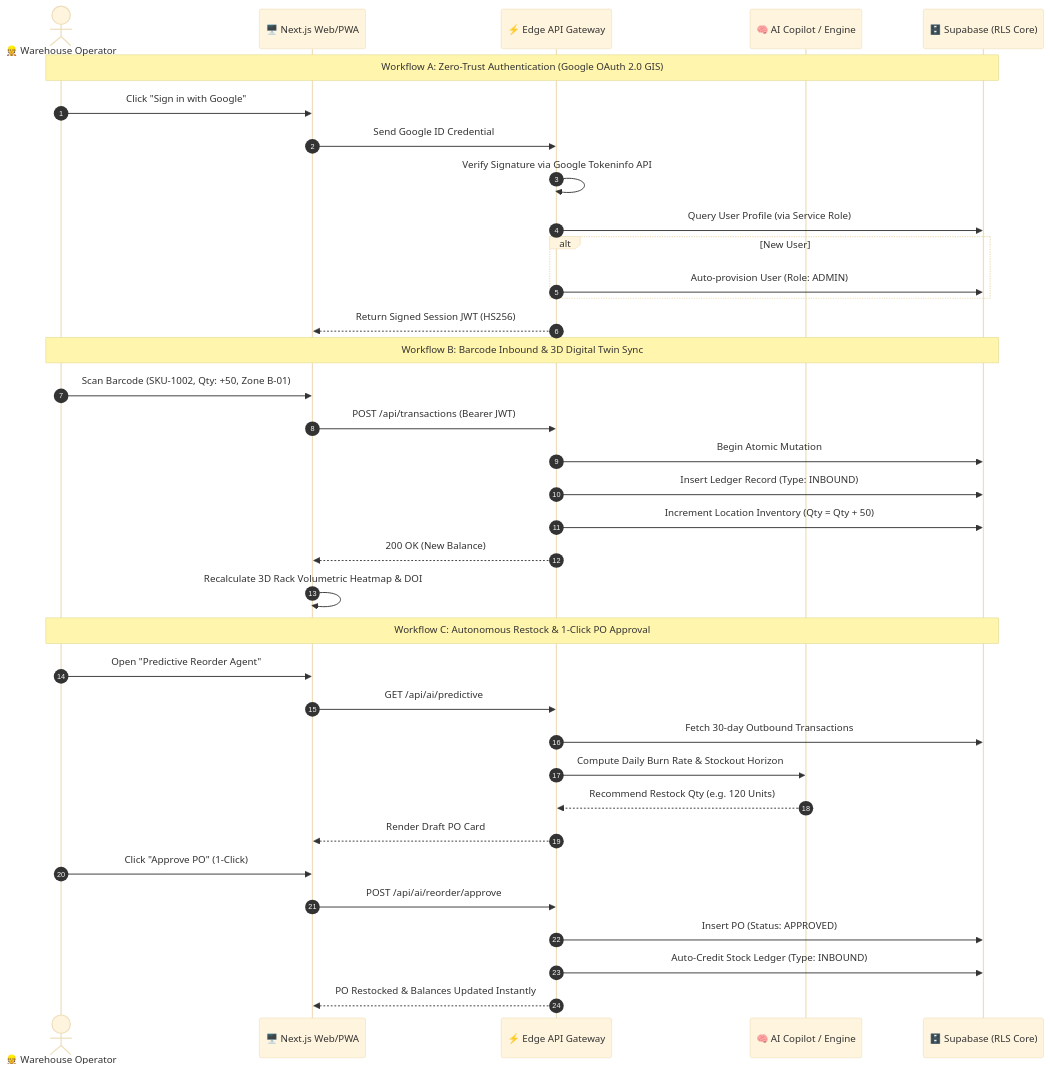
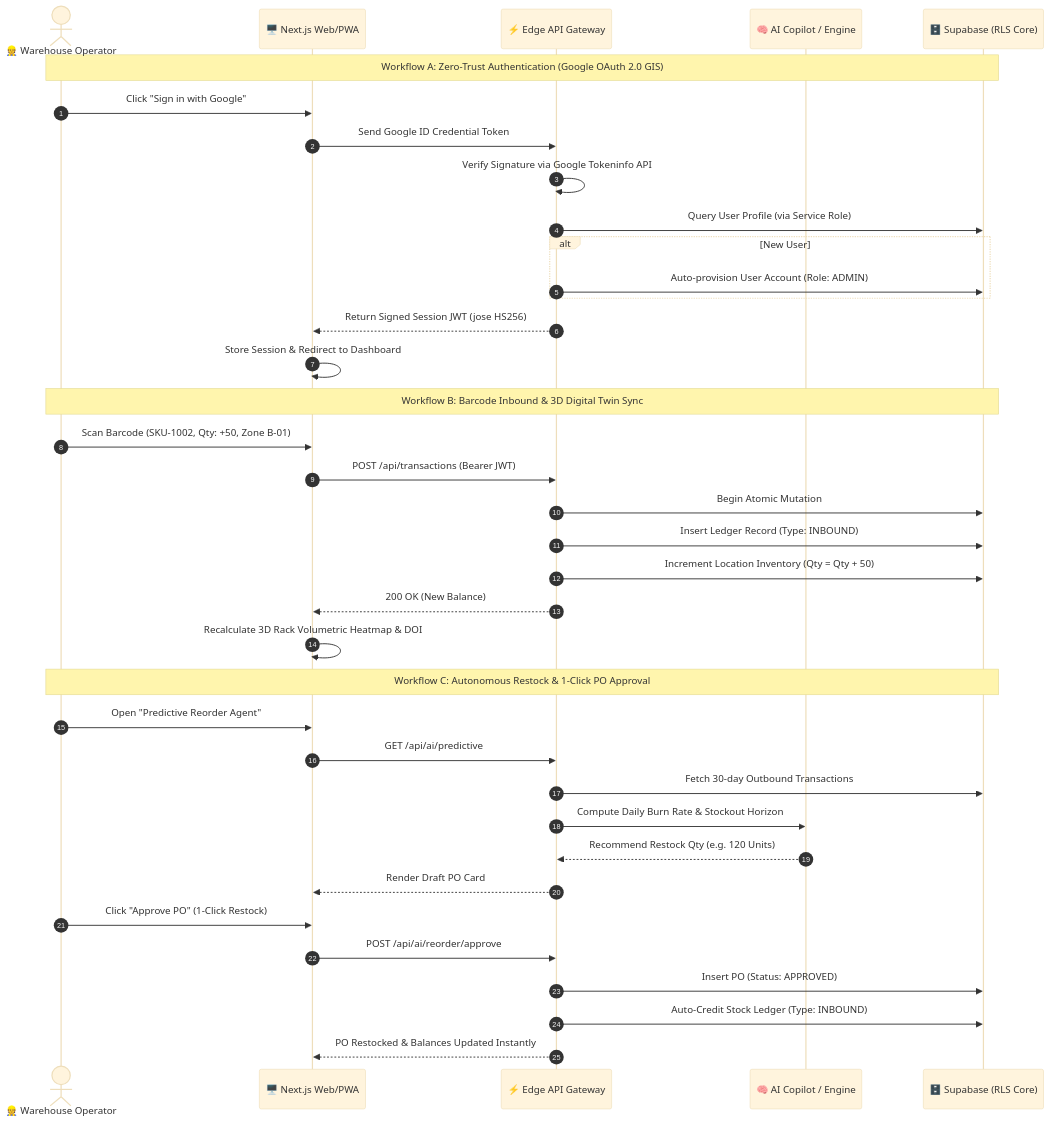
The second of 3 diagrams in README.md (ZillerDX/Optitrack-WMS), drawn with Mermaid (base theme) before and after one commit. The commit also changed other lines of this file and 2 other files, not shown here.

Commit message:
docs(readme): elevate to AGENT.md portfolio-grade standard with 7 product pillars, ERD and hardened CI

````diff
--- a/README.md
+++ b/README.md
@@ -150,41 +192,42 @@
 ```mermaid
 sequenceDiagram
   autonumber
   actor Op as 👷 Warehouse Operator
   participant UI as 🖥️ Next.js Web/PWA
   participant Edge as ⚡ Edge API Gateway
   participant AI as 🧠 AI Copilot / Engine
   participant DB as 🗄️ Supabase (RLS Core)
 
   Note over Op,DB: Workflow A: Zero-Trust Authentication (Google OAuth 2.0 GIS)
   Op->>UI: Click "Sign in with Google"
-  UI->>Edge: Send Google ID Credential
+  UI->>Edge: Send Google ID Credential Token
   Edge->>Edge: Verify Signature via Google Tokeninfo API
   Edge->>DB: Query User Profile (via Service Role)
   alt New User
-    Edge->>DB: Auto-provision User (Role: ADMIN)
+    Edge->>DB: Auto-provision User Account (Role: ADMIN)
   end
-  Edge-->>UI: Return Signed Session JWT (HS256)
+  Edge-->>UI: Return Signed Session JWT (jose HS256)
+  UI->>UI: Store Session & Redirect to Dashboard
 
   Note over Op,DB: Workflow B: Barcode Inbound & 3D Digital Twin Sync
   Op->>UI: Scan Barcode (SKU-1002, Qty: +50, Zone B-01)
   UI->>Edge: POST /api/transactions (Bearer JWT)
   Edge->>DB: Begin Atomic Mutation
   Edge->>DB: Insert Ledger Record (Type: INBOUND)
   Edge->>DB: Increment Location Inventory (Qty = Qty + 50)
   Edge-->>UI: 200 OK (New Balance)
   UI->>UI: Recalculate 3D Rack Volumetric Heatmap & DOI
 
   Note over Op,DB: Workflow C: Autonomous Restock & 1-Click PO Approval
   Op->>UI: Open "Predictive Reorder Agent"
   UI->>Edge: GET /api/ai/predictive
   Edge->>DB: Fetch 30-day Outbound Transactions
   Edge->>AI: Compute Daily Burn Rate & Stockout Horizon
   AI-->>Edge: Recommend Restock Qty (e.g. 120 Units)
   Edge-->>UI: Render Draft PO Card
-  Op->>UI: Click "Approve PO" (1-Click)
+  Op->>UI: Click "Approve PO" (1-Click Restock)
   UI->>Edge: POST /api/ai/reorder/approve
   Edge->>DB: Insert PO (Status: APPROVED)
   Edge->>DB: Auto-Credit Stock Ledger (Type: INBOUND)
   Edge-->>UI: PO Restocked & Balances Updated Instantly
 ```
````
